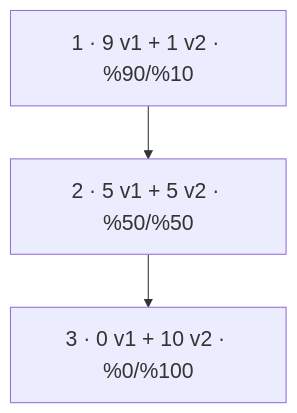
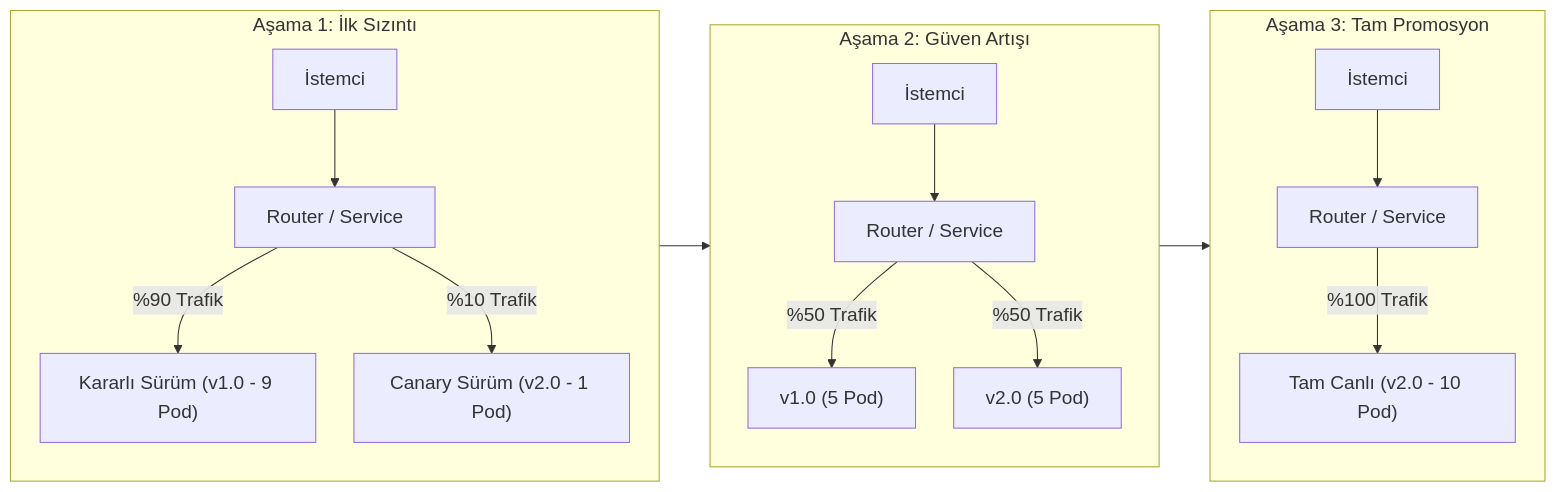
The fourth of 4 diagrams in lab-08-deployment-strategies/README.md (MTugce/k8s-labs), drawn with Mermaid before and after one commit. The commit also changed other lines of this file, not shown here.

Commit message:
Restore detailed Lab 8 Mermaid diagrams

````diff
--- a/lab-08-deployment-strategies/README.md
+++ b/lab-08-deployment-strategies/README.md
@@ -411,7 +440,24 @@
 ```mermaid
-%%{init: {'themeVariables': {'fontSize': '20px'}}}%%
-flowchart TB
+%%{init: {'themeVariables': {'fontSize': '18px'}, 'flowchart': {'nodeSpacing': 36, 'rankSpacing': 48}}}%%
+flowchart LR
   accTitle: Canary trafik aşamaları
-  accDescr: Canary v2 pod oranı 1'den 10'a yükselirken trafik payının kademeli artışını gösterir.
-  A["1 · 9 v1 + 1 v2 · %90/%10"] --> B["2 · 5 v1 + 5 v2 · %50/%50"] --> C["3 · 0 v1 + 10 v2 · %0/%100"]
+  accDescr: Yeni sürüme ayrılan trafiğin kademeli biçimde artırılmasını gösterir.
+  subgraph C_Phase1["Aşama 1: İlk Sızıntı"]
+    direction TB
+    CLI1["İstemci"] --> LB1["Router / Service"]
+    LB1 -->|%90 Trafik| V1_STABLE["Kararlı Sürüm (v1.0 - 9 Pod)"]
+    LB1 -->|%10 Trafik| V2_CANARY["Canary Sürüm (v2.0 - 1 Pod)"]
+  end
+  subgraph C_Phase2["Aşama 2: Güven Artışı"]
+    direction TB
+    CLI2["İstemci"] --> LB2["Router / Service"]
+    LB2 -->|%50 Trafik| V1_50["v1.0 (5 Pod)"]
+    LB2 -->|%50 Trafik| V2_50["v2.0 (5 Pod)"]
+  end
+  subgraph C_Phase3["Aşama 3: Tam Promosyon"]
+    direction TB
+    CLI3["İstemci"] --> LB3["Router / Service"]
+    LB3 -->|%100 Trafik| V2_FULL["Tam Canlı (v2.0 - 10 Pod)"]
+  end
+  C_Phase1 --> C_Phase2 --> C_Phase3
 ```
````
